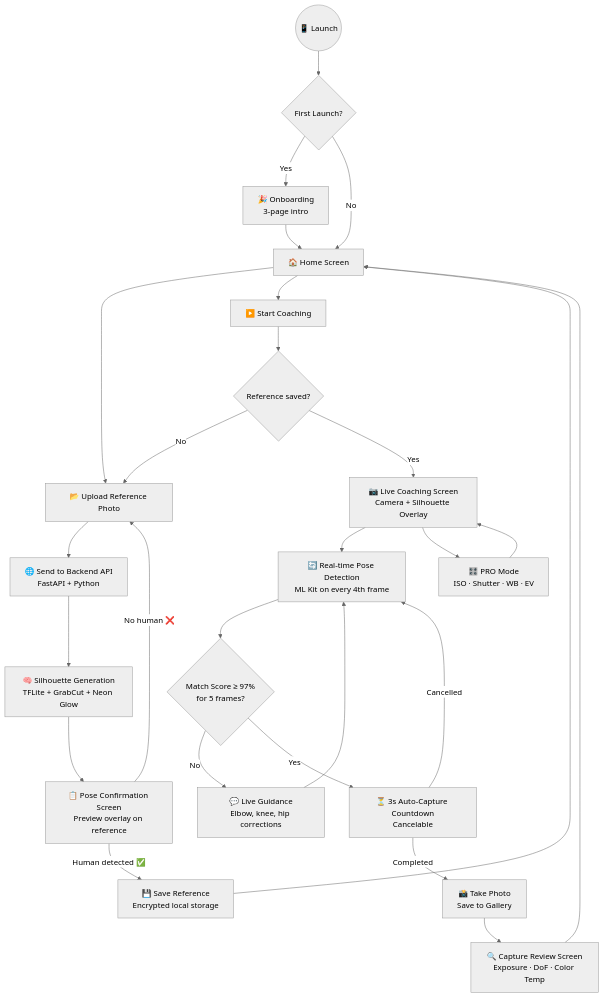
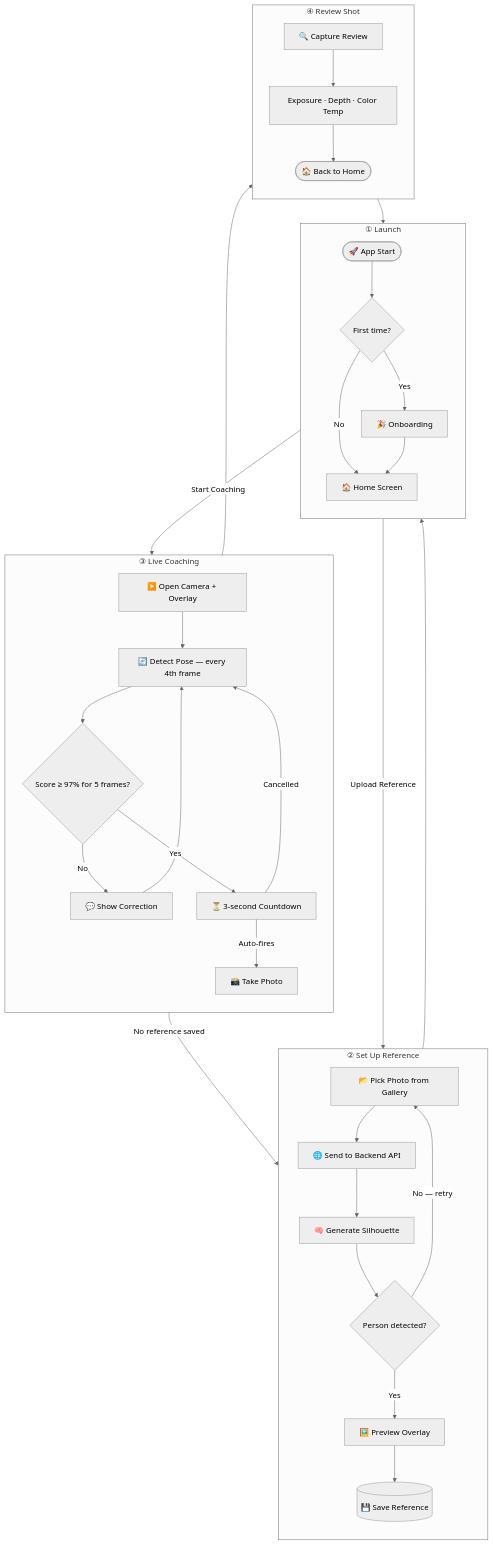
One commit to abhishekwadhwani2007/CameraCoach- changed the diagram in README.md. Above: the diagram before and after it, drawn with Mermaid (neutral theme). The commit also changed other lines of this file, not shown here.

Commit message:
docs: restructure app flow diagram for clarity
Replaced the single flat graph with four labeled subgraph phases — Launch, Reference Setup, Live Coaching, and Review. Each phase is self-contained and flows clearly into the next, making the architecture easier to read at a glance.

Also updated the footer credit to Team.

````diff
--- a/README.md
+++ b/README.md
@@ -39,34 +39,48 @@
 ```mermaid
-graph TD
-    A((📱 Launch)) --> B{First Launch?}
-    B -- Yes --> C[🎉 Onboarding\n3-page intro]
-    B -- No --> D[🏠 Home Screen]
-    C --> D
+flowchart TD
 
-    D --> E[📂 Upload Reference Photo]
-    D --> F[▶️ Start Coaching]
+    subgraph P1[" ① Launch "]
+        direction TB
+        A([🚀 App Start]) --> B{First time?}
+        B -->|Yes| C[🎉 Onboarding]
+        B -->|No| D[🏠 Home Screen]
+        C --> D
+    end
 
-    E --> G[🌐 Send to Backend API\nFastAPI + Python]
-    G --> H[🧠 Silhouette Generation\nTFLite + GrabCut + Neon Glow]
-    H --> I[📋 Pose Confirmation Screen\nPreview overlay on reference]
-    I -- Human detected ✅ --> J[💾 Save Reference\nEncrypted local storage]
-    I -- No human ❌ --> E
-    J --> D
+    subgraph P2[" ② Set Up Reference "]
+        direction TB
+        E[📂 Pick Photo from Gallery]
+        E --> F[🌐 Send to Backend API]
+        F --> G[🧠 Generate Silhouette]
+        G --> H{Person detected?}
+        H -->|No — retry| E
+        H -->|Yes| I[🖼️ Preview Overlay]
+        I --> J[(💾 Save Reference)]
+        J --> D
+    end
 
-    F --> K{Reference saved?}
-    K -- No --> E
-    K -- Yes --> L[📷 Live Coaching Screen\nCamera + Silhouette Overlay]
+    subgraph P3[" ③ Live Coaching "]
+        direction TB
+        K[▶️ Open Camera + Overlay]
+        K --> L[🔄 Detect Pose — every 4th frame]
+        L --> M{Score ≥ 97% for 5 frames?}
+        M -->|No| N[💬 Show Correction]
+        N --> L
+        M -->|Yes| O[⏳ 3-second Countdown]
+        O -->|Cancelled| L
+        O -->|Auto-fires| P[📸 Take Photo]
+    end
 
-    L --> M[🔄 Real-time Pose Detection\nML Kit on every 4th frame]
-    M --> N{Match Score ≥ 97%\nfor 5 frames?}
-    N -- No --> O[💬 Live Guidance\nElbow, knee, hip corrections]
-    O --> M
-    N -- Yes --> P[⏳ 3s Auto-Capture Countdown\nCancelable]
-    P -- Cancelled --> M
-    P -- Completed --> Q[📸 Take Photo\nSave to Gallery]
-    Q --> R[🔍 Capture Review Screen\nExposure · DoF · Color Temp]
-    R --> D
+    subgraph P4[" ④ Review Shot "]
+        direction TB
+        Q[🔍 Capture Review]
+        Q --> R[Exposure · Depth · Color Temp]
+        R --> S([🏠 Back to Home])
+    end
 
-    L --> S[🎛️ PRO Mode\nISO · Shutter · WB · EV]
-    S --> L
+    D -->|Upload Reference| E
+    D -->|Start Coaching| K
+    K --> |No reference saved| E
+    P --> Q
+    S --> D
 ```
````
